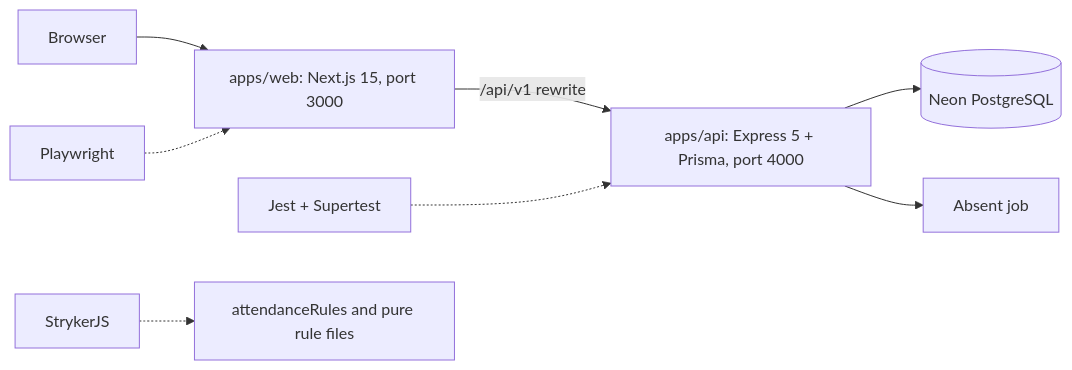
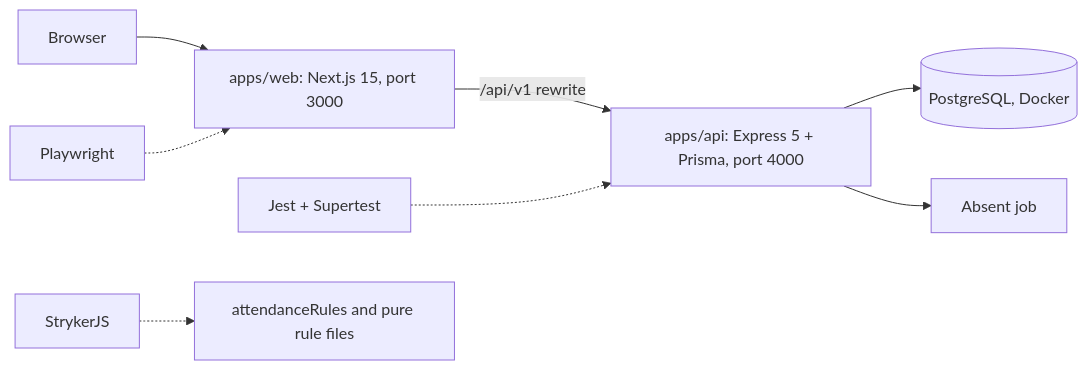
One commit to KarthikSP1911/Faculty-Attendance-Management-System changed the diagram in README.md. Above: the diagram before and after it, drawn with Mermaid. The commit also changed other lines of this file and 164 other files, not shown here.

````diff
--- a/README.md
+++ b/README.md
@@ -20,10 +20,10 @@
 ```mermaid
 flowchart LR
   B[Browser] --> W["apps/web: Next.js 15, port 3000"]
   W -- "/api/v1 rewrite" --> A["apps/api: Express 5 + Prisma, port 4000"]
-  A --> DB[(Neon PostgreSQL)]
+  A --> DB[(PostgreSQL, Docker)]
   A --> J[Absent job]
   T1[Jest + Supertest] -.-> A
   T2[Playwright] -.-> W
   T3[StrykerJS] -.-> R[attendanceRules and pure rule files]
 ```
````
